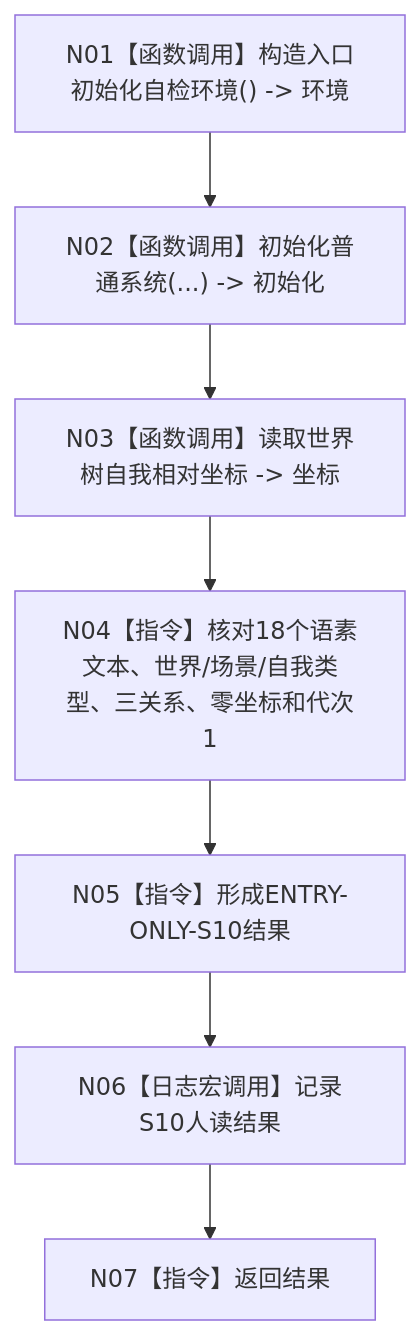
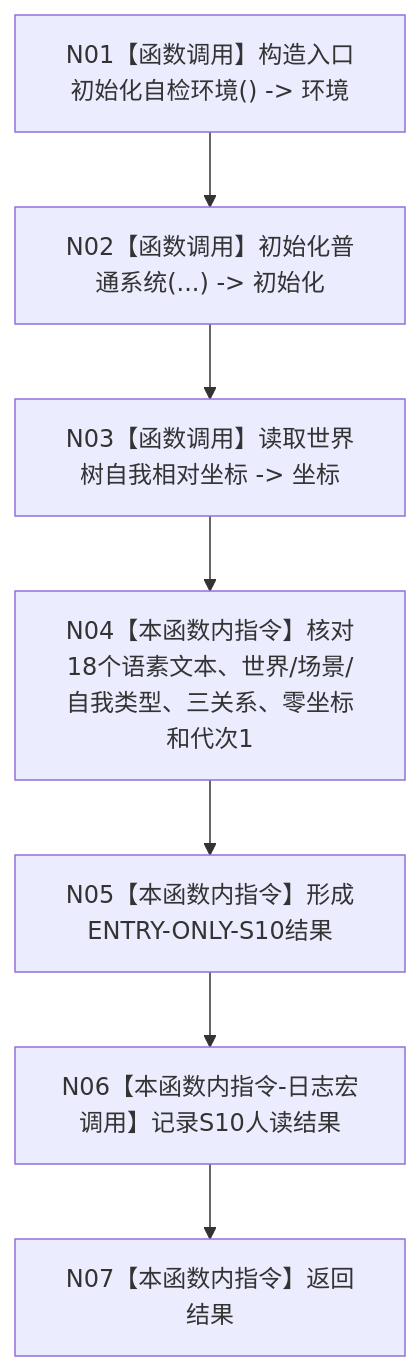
One commit to chunhaizh-cyber/HY-Ego changed the diagram in 流程图/20260726_ENTRY-ONLY_S10_语素与世界树快照读回_施工流程图_v0.1.md. Above: the diagram before and after it, drawn with Mermaid. The commit also changed other lines of this file and 88 other files, not shown here.

````diff
--- a/流程图/20260726_ENTRY-ONLY_S10_语素与世界树快照读回_施工流程图_v0.1.md
+++ b/流程图/20260726_ENTRY-ONLY_S10_语素与世界树快照读回_施工流程图_v0.1.md
@@ -7,9 +27,9 @@
 ```mermaid
 flowchart TD
     N01["N01【函数调用】构造入口初始化自检环境() -> 环境"] --> N02["N02【函数调用】初始化普通系统(...) -> 初始化"]
     N02 --> N03["N03【函数调用】读取世界树自我相对坐标 -> 坐标"]
-    N03 --> N04["N04【指令】核对18个语素文本、世界/场景/自我类型、三关系、零坐标和代次1"]
-    N04 --> N05["N05【指令】形成ENTRY-ONLY-S10结果"]
-    N05 --> N06["N06【日志宏调用】记录S10人读结果"]
-    N06 --> N07["N07【指令】返回结果"]
+    N03 --> N04["N04【本函数内指令】核对18个语素文本、世界/场景/自我类型、三关系、零坐标和代次1"]
+    N04 --> N05["N05【本函数内指令】形成ENTRY-ONLY-S10结果"]
+    N05 --> N06["N06【本函数内指令-日志宏调用】记录S10人读结果"]
+    N06 --> N07["N07【本函数内指令】返回结果"]
 ```
````
